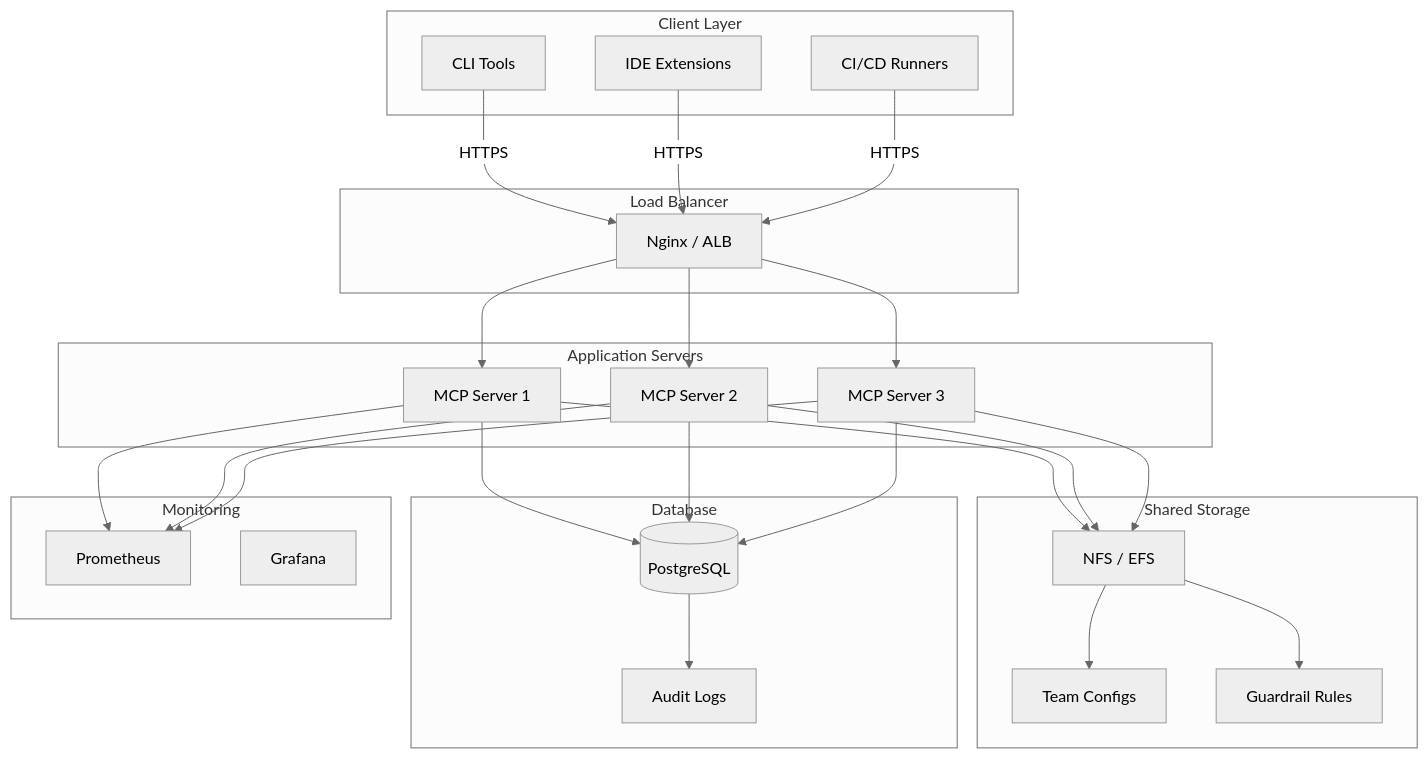
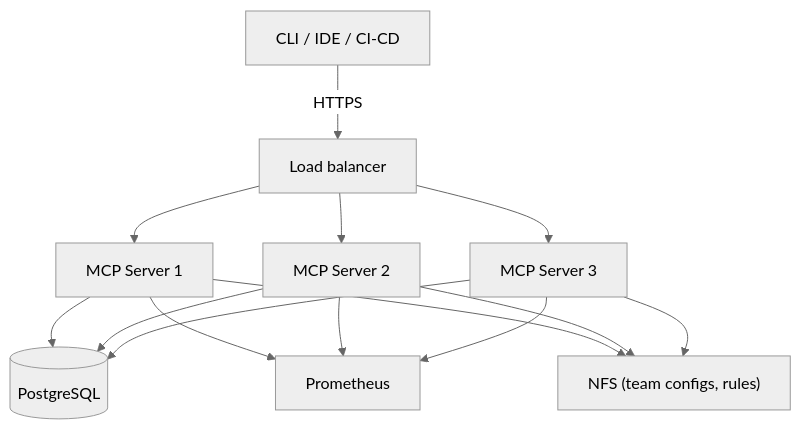
The seventh of 9 diagrams in docs/architecture/system-architecture.md (TheArchitectit/agent-guardrails-template), drawn with Mermaid (neutral theme) before and after one commit. The commit also changed other lines of this file and 15 other files, not shown here.

First line of the commit message:
docs: rewrite architecture doc under 500 lines with corrected facts

````diff
--- a/docs/architecture/system-architecture.md
+++ b/docs/architecture/system-architecture.md
@@ -383,58 +184,7 @@
 ```mermaid
 flowchart TB
-    subgraph Clients["Client Layer"]
-        CLI["CLI Tools"]
-        IDEs["IDE Extensions"]
-        CICD["CI/CD Runners"]
-    end
-
-    subgraph LB["Load Balancer"]
-        Nginx["Nginx / ALB"]
-    end
-
-    subgraph AppServers["Application Servers"]
-        S1["MCP Server 1"]
-        S2["MCP Server 2"]
-        S3["MCP Server 3"]
-    end
-
-    subgraph SharedStorage["Shared Storage"]
-        NFS["NFS / EFS"]
-        Teams["Team Configs"]
-        Rules["Guardrail Rules"]
-    end
-
-    subgraph Database["Database"]
-        Postgres[(PostgreSQL)]
-        Audit["Audit Logs"]
-    end
-
-    subgraph Monitoring["Monitoring"]
-        Prometheus["Prometheus"]
-        Grafana["Grafana"]
-    end
-
-    CLI -->|HTTPS| Nginx
-    IDEs -->|HTTPS| Nginx
-    CICD -->|HTTPS| Nginx
-
-    Nginx --> S1
-    Nginx --> S2
-    Nginx --> S3
-
-    S1 --> NFS
-    S2 --> NFS
-    S3 --> NFS
-
-    S1 --> Postgres
-    S2 --> Postgres
-    S3 --> Postgres
-
-    S1 --> Prometheus
-    S2 --> Prometheus
-    S3 --> Prometheus
-
-    NFS --> Teams
-    NFS --> Rules
-    Postgres --> Audit
+    Clients["CLI / IDE / CI-CD"] -->|HTTPS| LB["Load balancer"]
+    LB --> S1["MCP Server 1"] & S2["MCP Server 2"] & S3["MCP Server 3"]
+    S1 & S2 & S3 --> Postgres[("PostgreSQL")] & Prometheus["Prometheus"]
+    S1 & S2 & S3 --> NFS["NFS (team configs, rules)"]
 ```
````
